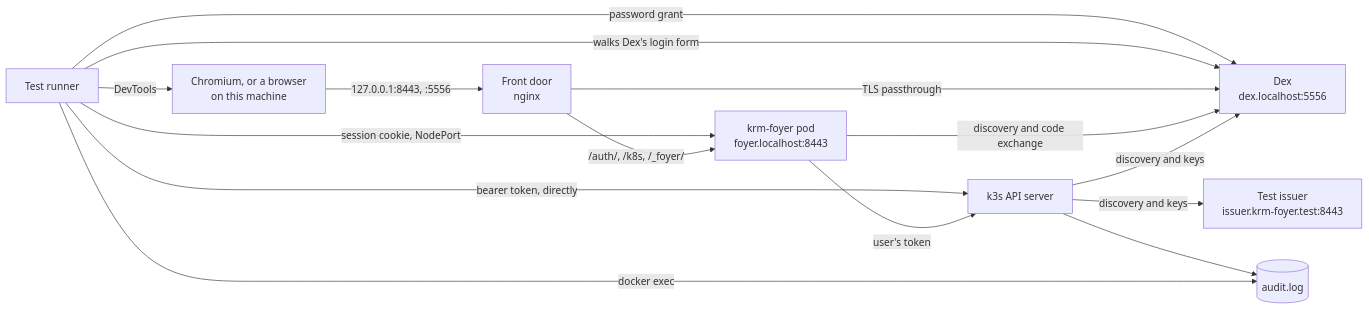
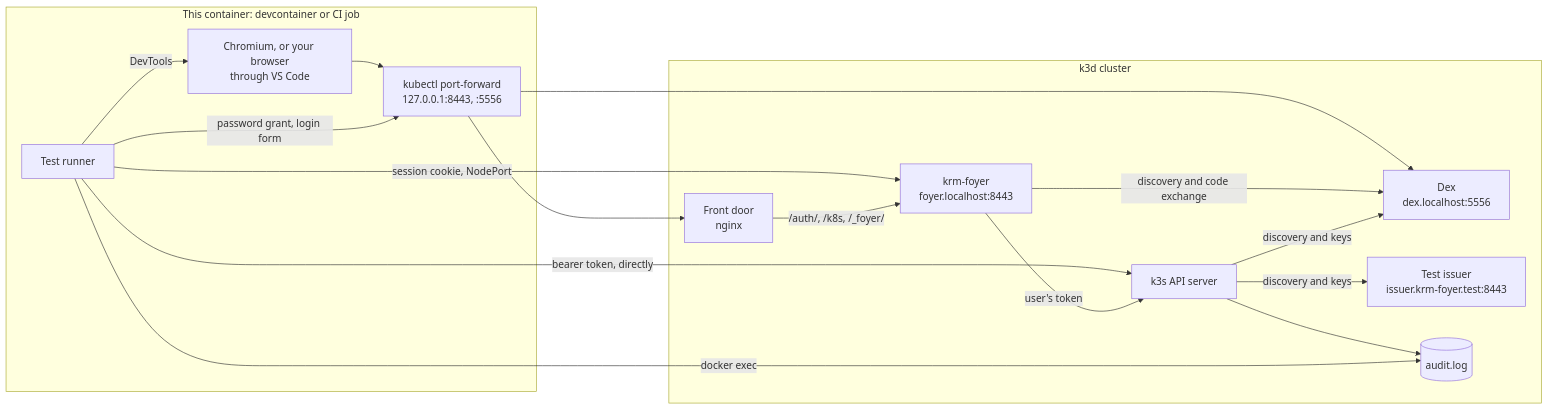
The diagram in docs/testing.md (ConfigButler/krm-foyer), drawn with Mermaid before and after one commit. The commit also changed other lines of this file and 16 other files, not shown here.

First line of the commit message:
test: run the whole fixture in the cluster and reach it through kubectl port-forward

````diff
--- a/docs/testing.md
+++ b/docs/testing.md
@@ -156,17 +157,30 @@
 ```mermaid
 flowchart LR
-    T[Test runner] -->|password grant| D[Dex<br/>dex.localhost:5556]
-    T -->|bearer token, directly| K[k3s API server]
-    T -->|walks Dex's login form| D
-    T -->|session cookie, NodePort| F[krm-foyer pod<br/>foyer.localhost:8443]
-    B[Chromium, or a browser<br/>on this machine] -->|127.0.0.1:8443, :5556| FD[Front door<br/>nginx]
+    subgraph C[This container: devcontainer or CI job]
+      T[Test runner]
+      B[Chromium, or your browser<br/>through VS Code]
+      PF[kubectl port-forward<br/>127.0.0.1:8443, :5556]
+    end
+    subgraph K3S[k3d cluster]
+      K[k3s API server]
+      D[Dex<br/>dex.localhost:5556]
+      I[Test issuer<br/>issuer.krm-foyer.test:8443]
+      FD[Front door<br/>nginx]
+      F[krm-foyer<br/>foyer.localhost:8443]
+      A[(audit.log)]
+    end
+    B --> PF
+    T -->|password grant, login form| PF
+    PF --> D
+    PF --> FD
+    T -->|DevTools| B
+    T -->|bearer token, directly| K
+    T -->|session cookie, NodePort| F
     FD -->|/auth/, /k8s, /_foyer/| F
-    FD -->|TLS passthrough| D
-    T -->|DevTools| B
     F -->|user's token| K
     F -->|discovery and code exchange| D
     K -->|discovery and keys| D
-    K -->|discovery and keys| I[Test issuer<br/>issuer.krm-foyer.test:8443]
-    K --> A[(audit.log)]
+    K -->|discovery and keys| I
+    K --> A
     T -->|docker exec| A
 ```
````
